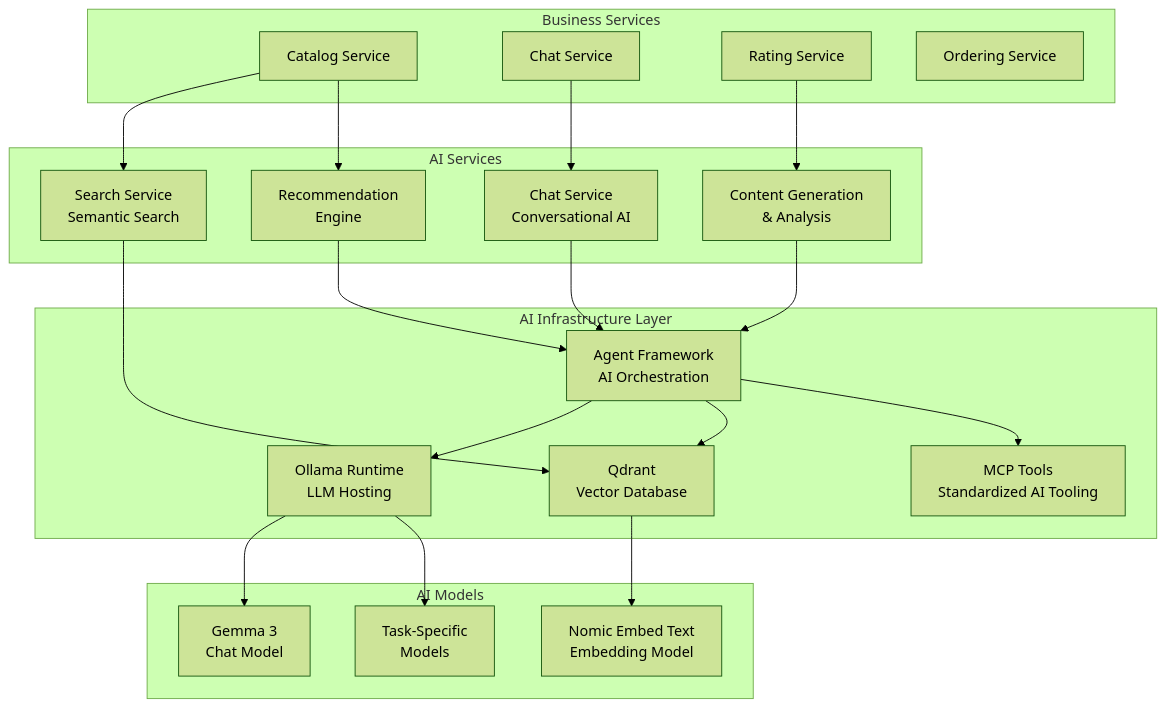
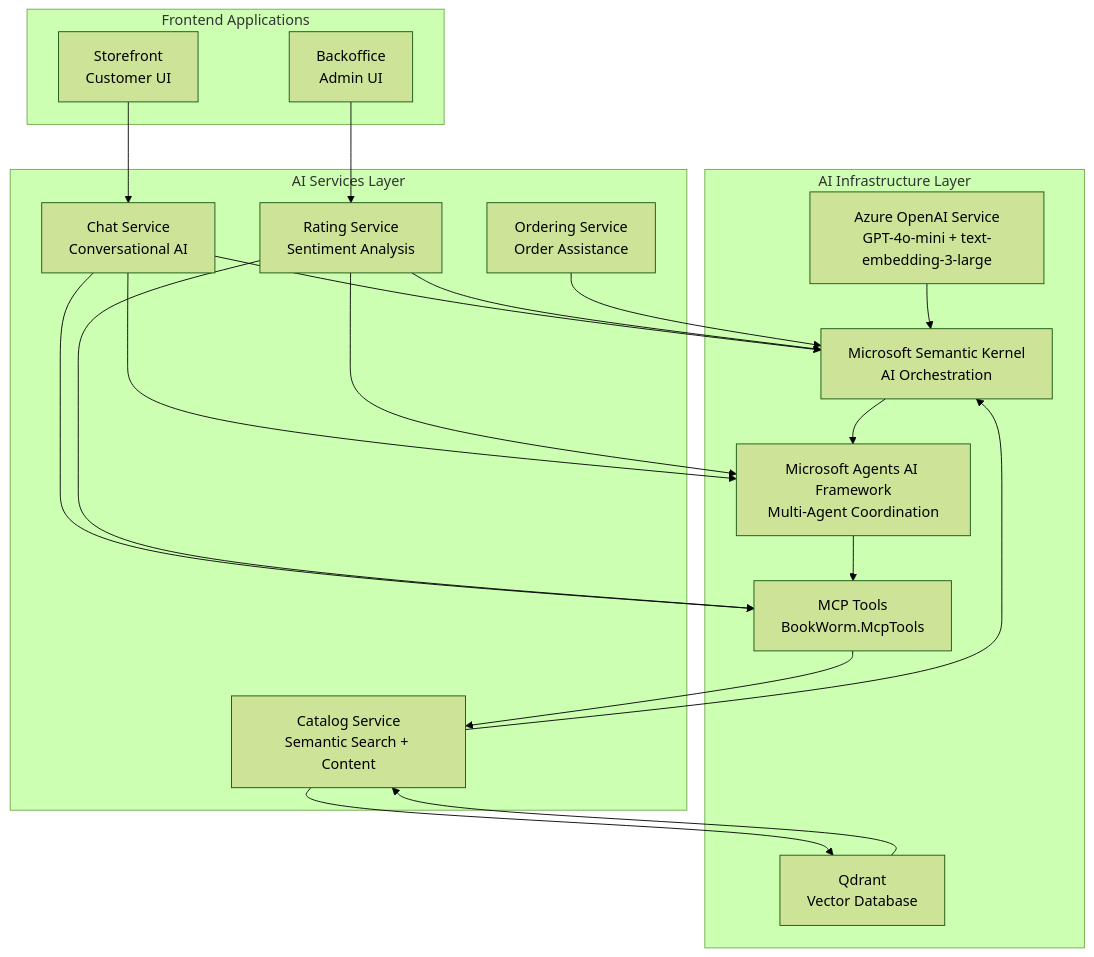
One commit to foxminchan/BookWorm changed the diagram in docs/docusaurus/docs/09-architecture-decisions/adr-009-ai-integration.mdx. Above: the diagram before and after it, drawn with Mermaid (forest theme). The commit also changed other lines of this file and 100 other files, not shown here.

````diff
--- a/docs/docusaurus/docs/09-architecture-decisions/adr-009-ai-integration.mdx
+++ b/docs/docusaurus/docs/09-architecture-decisions/adr-009-ai-integration.mdx
@@ -95,47 +125,43 @@
 ```mermaid
 graph TB
     subgraph "AI Infrastructure Layer"
-        Ollama[Ollama Runtime<br/>LLM Hosting]
+        AzureOpenAI[Azure OpenAI Service<br/>GPT-4o-mini + text-embedding-3-large]
         Qdrant[Qdrant<br/>Vector Database]
-        AgentFramework[Agent Framework<br/>AI Orchestration]
-        MCPTools[MCP Tools<br/>Standardized AI Tooling]
+        SemanticKernel[Microsoft Semantic Kernel<br/>AI Orchestration]
+        AgentFramework[Microsoft Agents AI Framework<br/>Multi-Agent Coordination]
+        MCP[MCP Tools<br/>BookWorm.McpTools]
+    end
+    subgraph "AI Services Layer"
+        ChatService[Chat Service<br/>Conversational AI]
+        CatalogService[Catalog Service<br/>Semantic Search + Content]
+        RatingService[Rating Service<br/>Sentiment Analysis]
+        OrderingService[Ordering Service<br/>Order Assistance]
     end
 
-    subgraph "AI Models"
-        Gemma3[Gemma 3<br/>Chat Model]
-        NomicEmbed[Nomic Embed Text<br/>Embedding Model]
-        CustomModels[Task-Specific<br/>Models]
+    subgraph "Frontend Applications"
+        Storefront[Storefront<br/>Customer UI]
+        Backoffice[Backoffice<br/>Admin UI]
     end
 
-    subgraph "AI Services"
-        ChatService[Chat Service<br/>Conversational AI]
-        SearchService[Search Service<br/>Semantic Search]
-        RecommendService[Recommendation<br/>Engine]
-        ContentService[Content Generation<br/>& Analysis]
-    end
+    AzureOpenAI --> SemanticKernel
+    SemanticKernel --> AgentFramework
+    AgentFramework --> MCP
+    MCP --> CatalogService
+    Qdrant --> CatalogService
 
-    subgraph "Business Services"
-        Catalog[Catalog Service]
-        Chat[Chat Service]
-        Rating[Rating Service]
-        Ordering[Ordering Service]
-    end
+    ChatService --> SemanticKernel
+    ChatService --> MCP
+    ChatService --> AgentFramework
 
-    Ollama --> Gemma3
-    Ollama --> CustomModels
-    Qdrant --> NomicEmbed
+    RatingService --> SemanticKernel
+    RatingService --> MCP
+    RatingService --> AgentFramework
 
-    AgentFramework --> Ollama
-    AgentFramework --> Qdrant
-    AgentFramework --> MCPTools
+    CatalogService --> SemanticKernel
+    CatalogService --> Qdrant
 
-    ChatService --> AgentFramework
-    SearchService --> Qdrant
-    RecommendService --> AgentFramework
-    ContentService --> AgentFramework
+    OrderingService --> SemanticKernel
 
-    Chat --> ChatService
-    Catalog --> SearchService
-    Catalog --> RecommendService
-    Rating --> ContentService
+    Storefront --> ChatService
+    Backoffice --> RatingService
 ```
````
